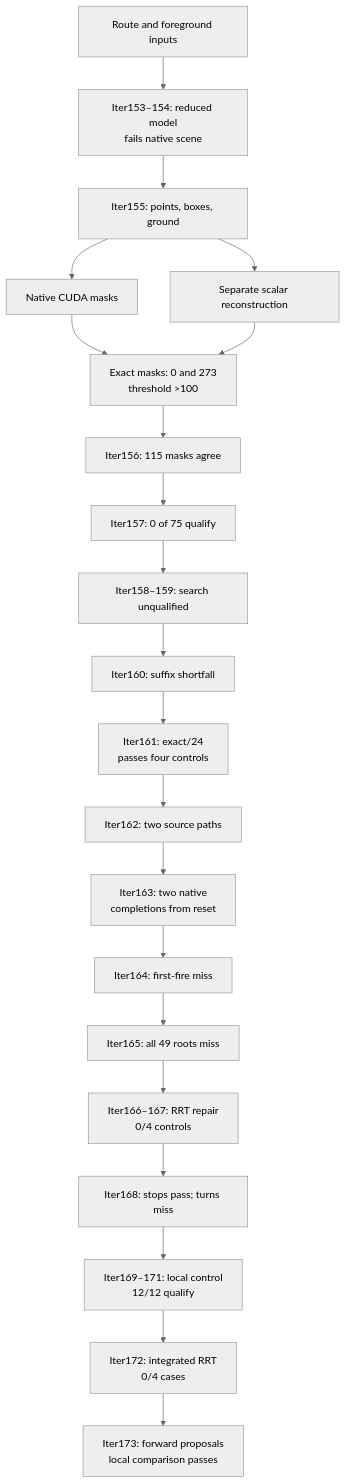
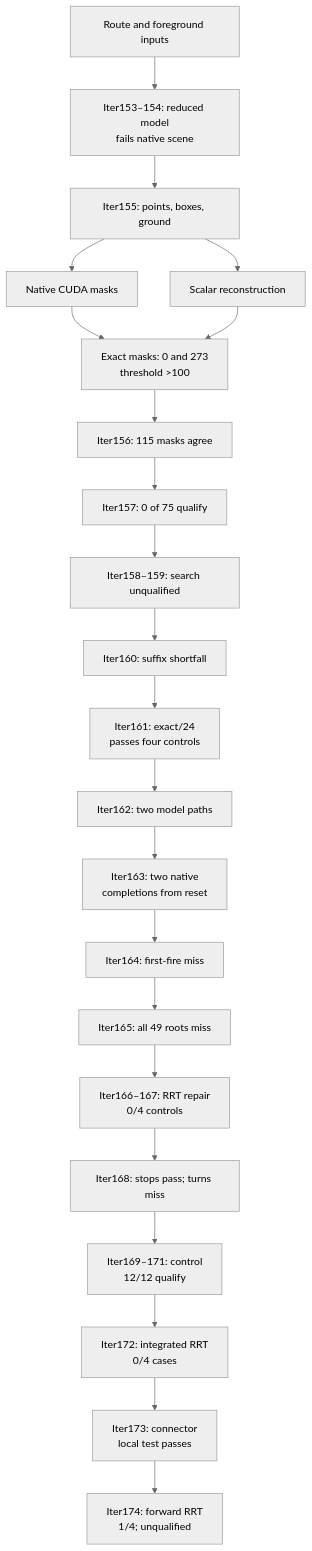
One commit to manfromnowhere143/sentinel changed the fourth of 4 diagrams in docs/ARCHITECTURE.md. Above: the diagram before and after it, drawn with Mermaid (neutral theme). The commit also changed other lines of this file and 15 other files, not shown here.

Commit message:
Publish the integrated one-of-four result with source comparison closed

````diff
--- a/docs/ARCHITECTURE.md
+++ b/docs/ARCHITECTURE.md
@@ -209,25 +209,26 @@
 ```mermaid
 flowchart TB
-  accTitle: From full-scene constraints to planner qualification
-  accDescr: Complete reset paths do not establish first-fire recovery.
+  accTitle: Scene constraints and planner qualification
+  accDescr: Reset completion is not first-fire recovery.
   G["Route and foreground inputs"] --> M["Iter153–154: reduced model<br/>fails native scene"]
   M --> X["Iter155: points, boxes, ground"]
   X --> C["Native CUDA masks"]
-  X --> S["Separate scalar reconstruction"]
+  X --> S["Scalar reconstruction"]
   C --> E["Exact masks: 0 and 273<br/>threshold >100"]
   S --> E
   E --> F["Iter156: 115 masks agree"]
   F --> L["Iter157: 0 of 75 qualify"]
   L --> A["Iter158–159: search unqualified"]
   A --> K["Iter160: suffix shortfall"]
   K --> Z["Iter161: exact/24<br/>passes four controls"]
-  Z --> Y["Iter162: two source paths"]
+  Z --> Y["Iter162: two model paths"]
   Y --> V["Iter163: two native<br/>completions from reset"]
   V --> B["Iter164: first-fire miss"]
   B --> D["Iter165: all 49 roots miss"]
   D --> R["Iter166–167: RRT repair<br/>0/4 controls"]
   R --> J["Iter168: stops pass; turns miss"]
-  J --> H["Iter169–171: local control<br/>12/12 qualify"]
+  J --> H["Iter169–171: control<br/>12/12 qualify"]
   H --> I["Iter172: integrated RRT<br/>0/4 cases"]
-  I --> O["Iter173: forward proposals<br/>local comparison passes"]
+  I --> O["Iter173: connector<br/>local test passes"]
+  O --> U["Iter174: forward RRT<br/>1/4; unqualified"]
 ```
````
